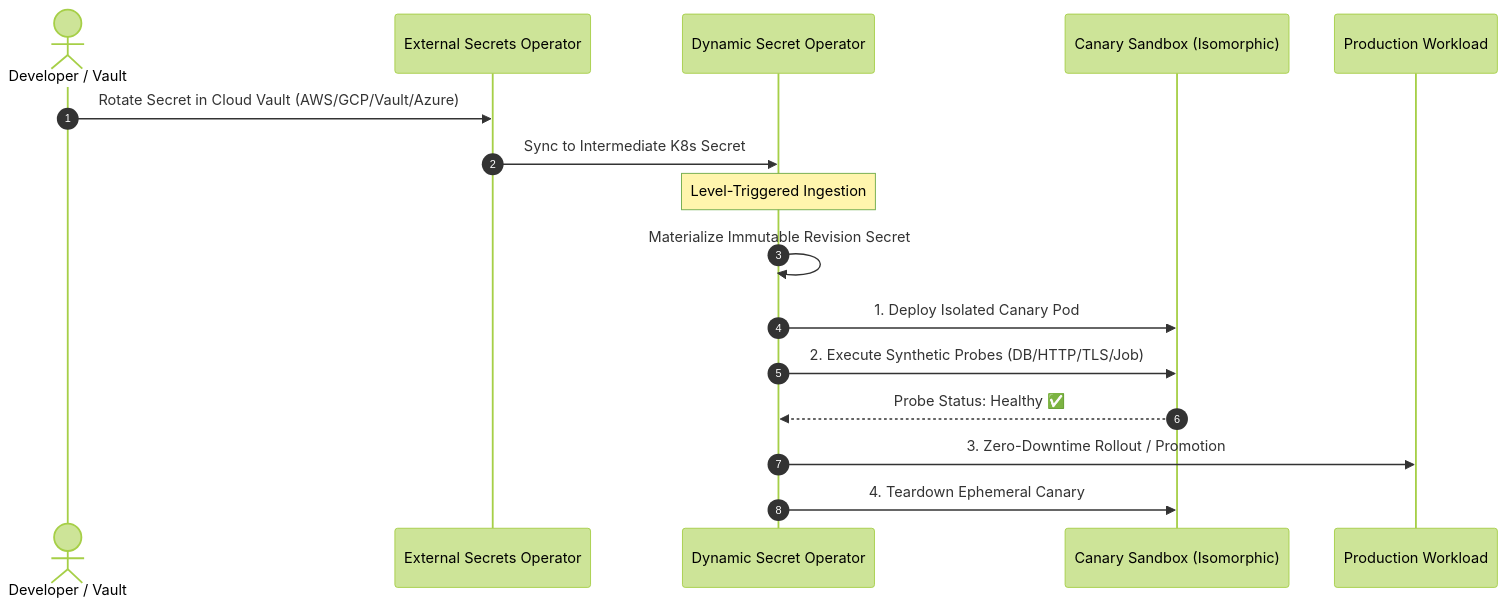
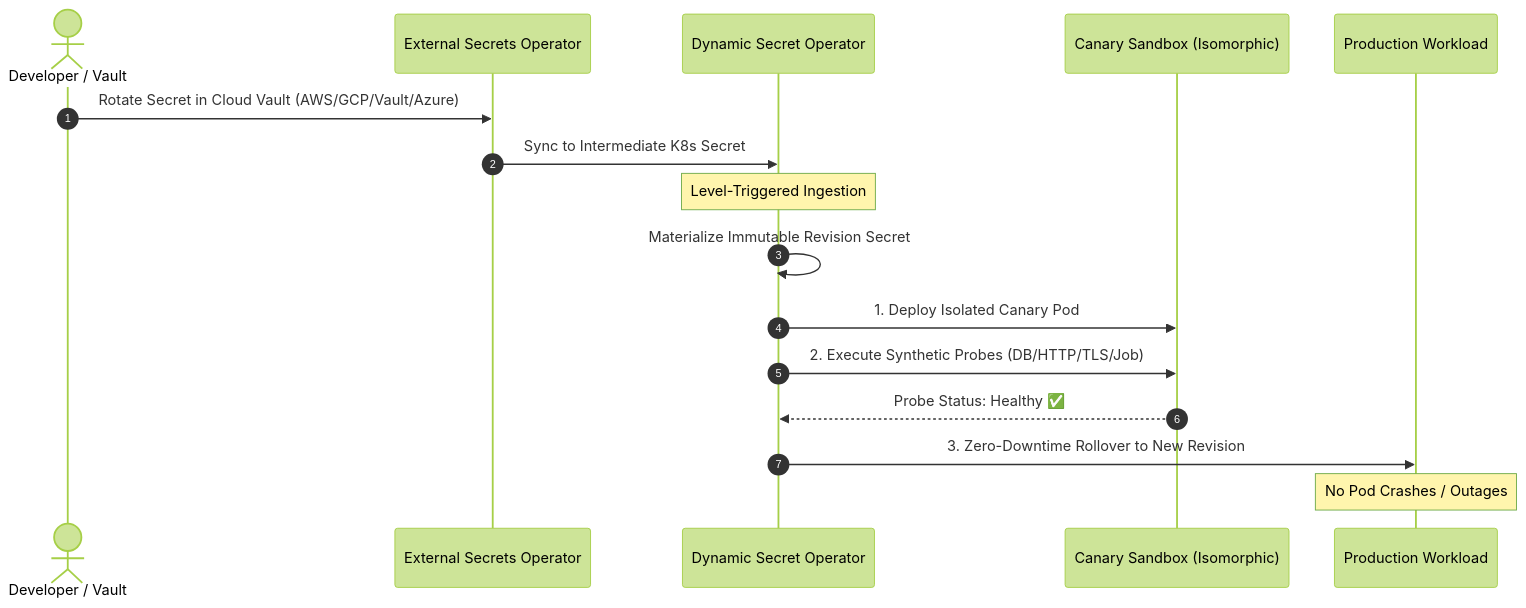
Before and after one commit to quantumsys-dev/dynamic-secret-operator: the diagram in docs/getting-started.md, drawn with Mermaid (forest theme). The commit also changed other lines of this file and 49 other files, not shown here.

````diff
--- a/docs/getting-started.md
+++ b/docs/getting-started.md
@@ -17,19 +30,19 @@
 ```mermaid
 sequenceDiagram
     autonumber
     actor Dev as Developer / Vault
     participant ESO as External Secrets Operator
     participant DSO as Dynamic Secret Operator
     participant Canary as Canary Sandbox (Isomorphic)
     participant Target as Production Workload
 
     Dev->>ESO: Rotate Secret in Cloud Vault (AWS/GCP/Vault/Azure)
     ESO->>DSO: Sync to Intermediate K8s Secret
     Note over DSO: Level-Triggered Ingestion
     DSO->>DSO: Materialize Immutable Revision Secret
     DSO->>Canary: 1. Deploy Isolated Canary Pod
     DSO->>Canary: 2. Execute Synthetic Probes (DB/HTTP/TLS/Job)
     Canary-->>DSO: Probe Status: Healthy ✅
-    DSO->>Target: 3. Zero-Downtime Rollout / Promotion
-    DSO->>Canary: 4. Teardown Ephemeral Canary
+    DSO->>Target: 3. Zero-Downtime Rollover to New Revision
+    Note over Target: No Pod Crashes / Outages
 ```
````
